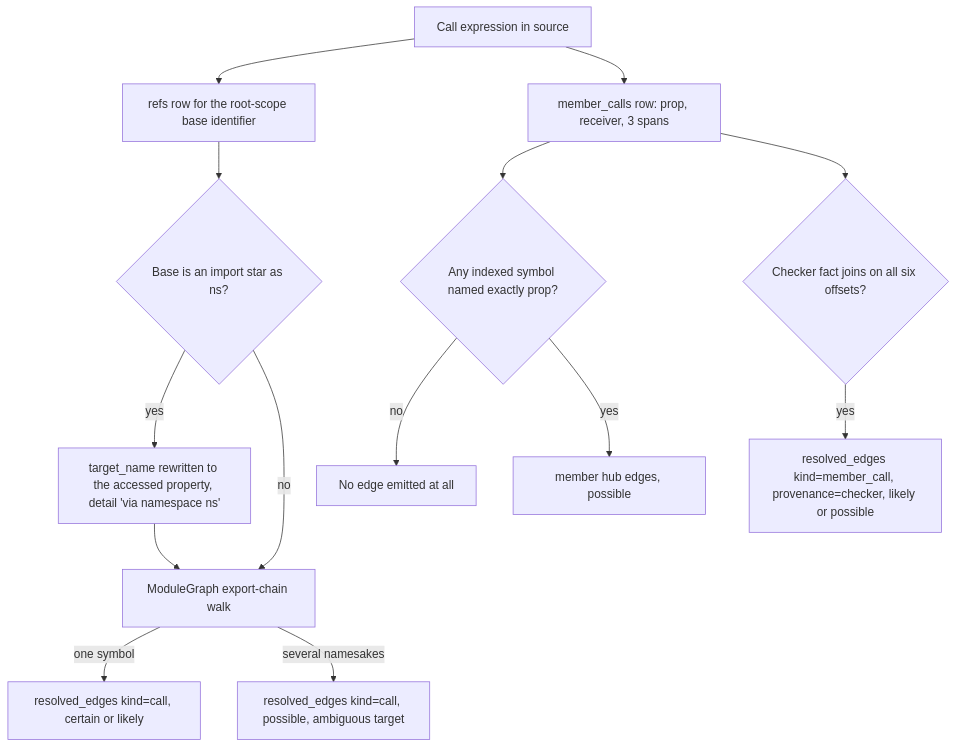
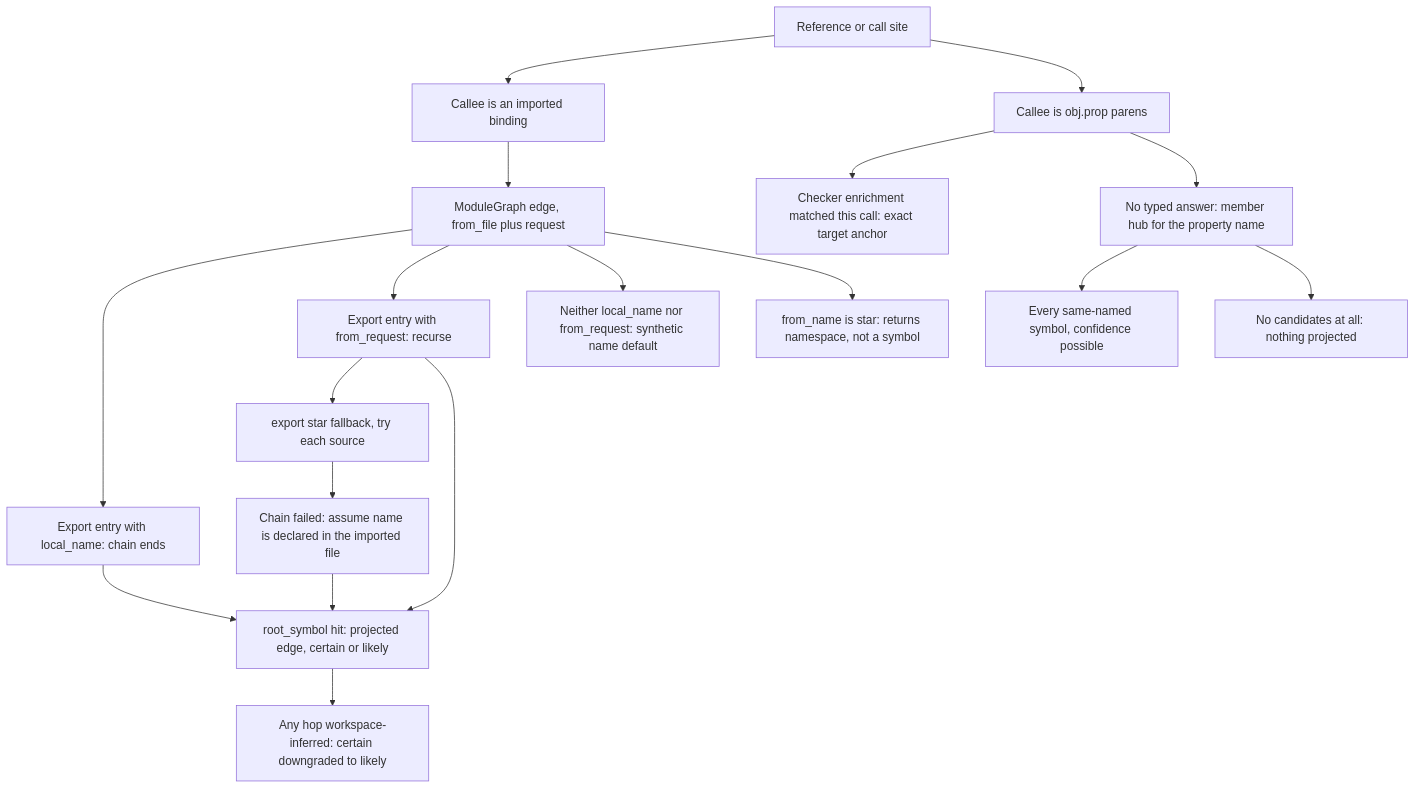
The second of 3 diagrams in docs/codebase-analysis/04-call-graph-and-surface.md (iantocristian/jscout), drawn with Mermaid before and after one commit. The commit also changed other lines of this file and 28 other files, not shown here.

````diff
--- a/docs/codebase-analysis/04-call-graph-and-surface.md
+++ b/docs/codebase-analysis/04-call-graph-and-surface.md
@@ -32,29 +66,36 @@
 ```mermaid
 flowchart TD
-  SITE["Call expression in source"]
-  IDPATH["refs row for the root-scope base identifier"]
-  MCPATH["member_calls row: prop, receiver, 3 spans"]
-  NS{"Base is an import star as ns?"}
-  NSEXACT["target_name rewritten to the accessed property, detail 'via namespace ns'"]
-  MG["ModuleGraph export-chain walk"]
-  EXACT["resolved_edges kind=call, certain or likely"]
-  AMB["resolved_edges kind=call, possible, ambiguous target"]
-  NAME{"Any indexed symbol named exactly prop?"}
-  NONE["No edge emitted at all"]
-  HUB["member hub edges, possible"]
-  CHK{"Checker fact joins on all six offsets?"}
-  CHKEDGE["resolved_edges kind=member_call, provenance=checker, likely or possible"]
-  SITE --> IDPATH
-  SITE --> MCPATH
-  IDPATH --> NS
-  NS -- "yes" --> NSEXACT
-  NS -- "no" --> MG
-  NSEXACT --> MG
-  MG -- "one symbol" --> EXACT
-  MG -- "several namesakes" --> AMB
-  MCPATH --> NAME
-  NAME -- "no" --> NONE
-  NAME -- "yes" --> HUB
-  MCPATH --> CHK
-  CHK -- "yes" --> CHKEDGE
+    SITE["Reference or call site"]
+    IMP["Callee is an imported binding"]
+    MEM["Callee is obj.prop parens"]
+    EDGE["ModuleGraph edge, from_file plus request"]
+    LOCAL["Export entry with local_name: chain ends"]
+    RE["Export entry with from_request: recurse"]
+    STAR["export star fallback, try each source"]
+    DEF["Neither local_name nor from_request: synthetic name default"]
+    NS["from_name is star: returns namespace, not a symbol"]
+    ASSUME["Chain failed: assume name is declared in the imported file"]
+    SYM["root_symbol hit: projected edge, certain or likely"]
+    INF["Any hop workspace-inferred: certain downgraded to likely"]
+    CHK["Checker enrichment matched this call: exact target anchor"]
+    HUB["No typed answer: member hub for the property name"]
+    CAND["Every same-named symbol, confidence possible"]
+    NONE["No candidates at all: nothing projected"]
+    SITE --> IMP
+    SITE --> MEM
+    IMP --> EDGE
+    EDGE --> LOCAL
+    EDGE --> RE
+    EDGE --> DEF
+    EDGE --> NS
+    RE --> STAR
+    STAR --> ASSUME
+    LOCAL --> SYM
+    RE --> SYM
+    ASSUME --> SYM
+    SYM --> INF
+    MEM --> CHK
+    MEM --> HUB
+    HUB --> CAND
+    HUB --> NONE
 ```
````
